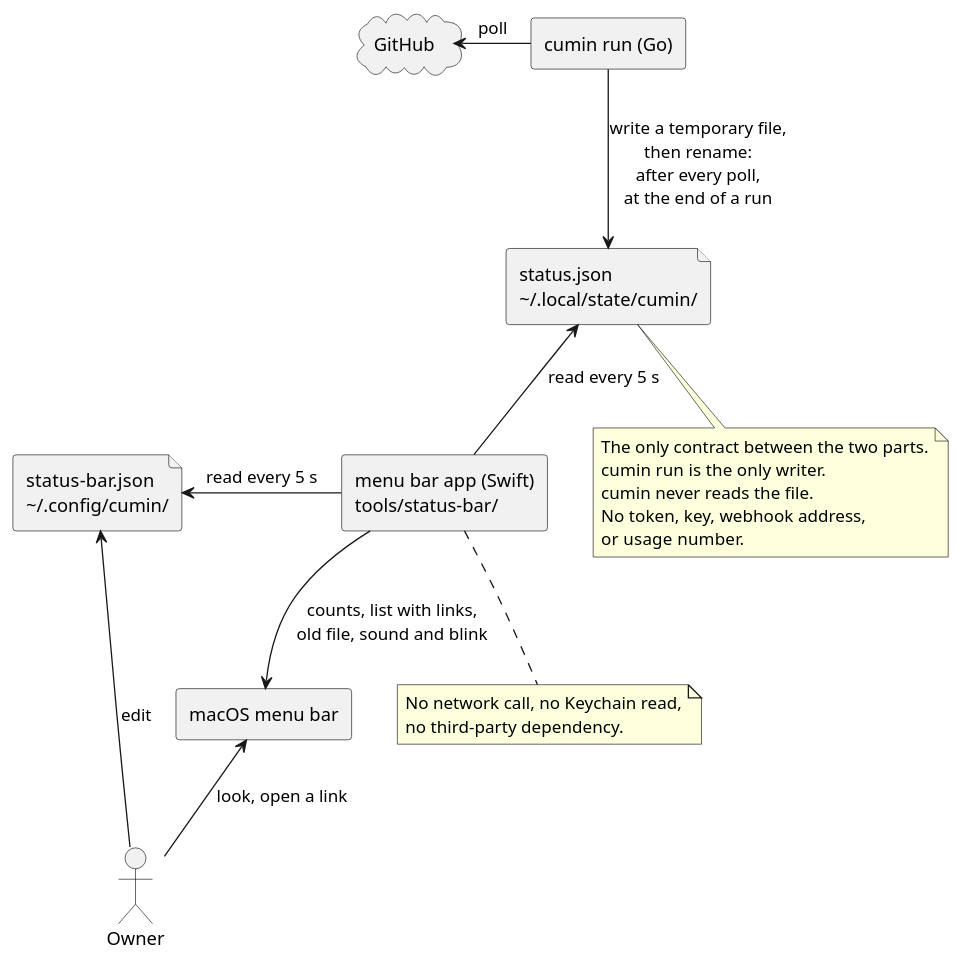
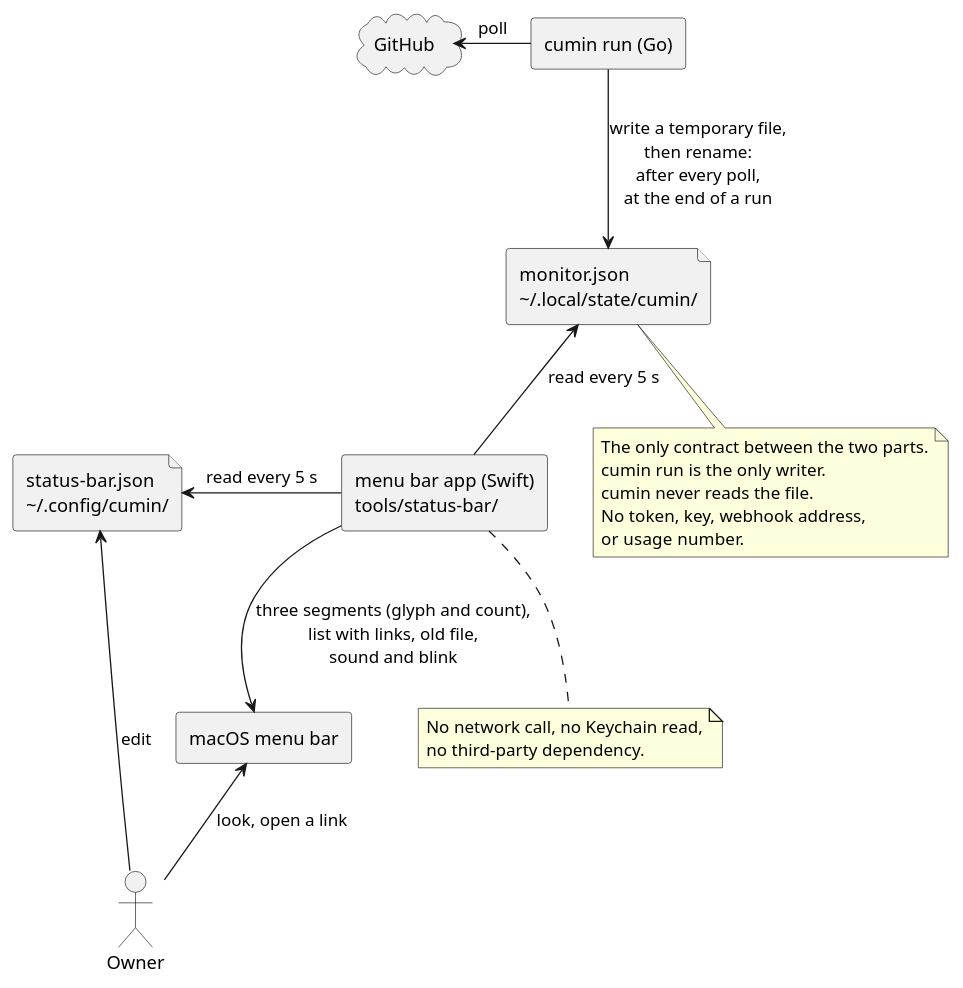
Before and after one commit to cloveclovedev/cumin-works: the diagram in docs/ja/designs/status-menu-bar.puml, drawn with PlantUML. The commit also changed 4 other files, not shown here.

First line of the commit message:
docs(designs): name the file monitor.json and fix the three segments of the menu bar

```diff
--- a/docs/ja/designs/status-menu-bar.puml
+++ b/docs/ja/designs/status-menu-bar.puml
@@ -1,37 +1,37 @@
 @startuml status-menu-bar
-' cumin works - the status file and the menu bar app: cumin run writes the file, the app only reads it.
+' cumin works - the monitor file and the menu bar app: cumin run writes the file, the app only reads it.
 ' Document: status-menu-bar.md, topic on the two parts and the contract.
 ' Render: run scripts/render-diagrams.sh at the root of the repository.
 skinparam shadowing false
 skinparam defaultFontName sans-serif
 
 actor Owner
 cloud "GitHub" as github
 
 rectangle "cumin run (Go)" as run
-file "status.json\n&#126;/.local/state/cumin/" as status
+file "monitor.json\n&#126;/.local/state/cumin/" as status
 file "status-bar.json\n&#126;/.config/cumin/" as config
 rectangle "menu bar app (Swift)\ntools/status-bar/" as app
 rectangle "macOS menu bar" as bar
 
 run -left-> github : poll
 run --> status : write a temporary file,\nthen rename:\nafter every poll,\nat the end of a run
 app -up-> status : read every 5 s
 app -left-> config : read every 5 s
-app --> bar : counts, list with links,\nold file, sound and blink
+app --> bar : three segments (glyph and count),\nlist with links, old file,\nsound and blink
 Owner -up-> bar : look, open a link
 Owner -up-> config : edit
 
 note bottom of status
   The only contract between the two parts.
   cumin run is the only writer.
   cumin never reads the file.
   No token, key, webhook address,
   or usage number.
 end note
 
 note bottom of app
   No network call, no Keychain read,
   no third-party dependency.
 end note
 @enduml
```
